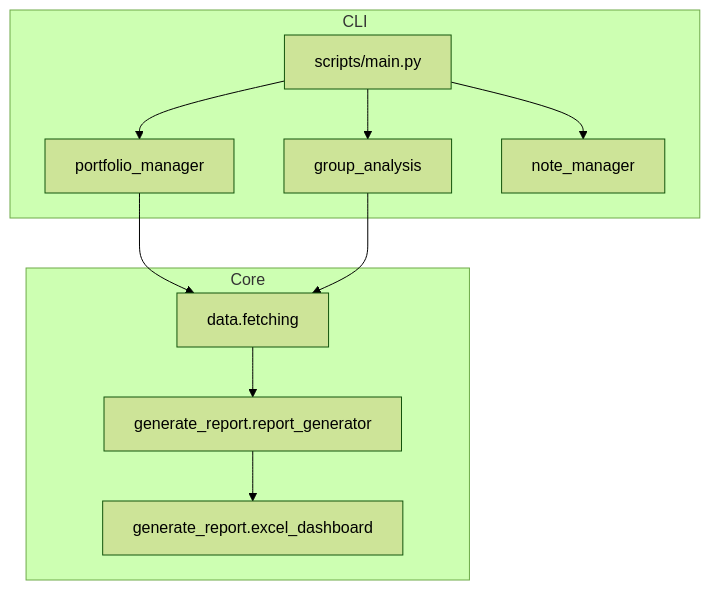
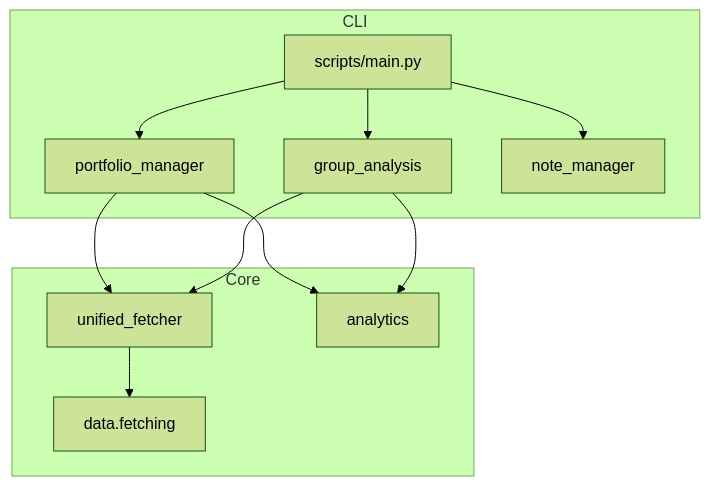
One commit to VeraLIMS/Fundalyze changed the diagram in docs/overview.md. Above: the diagram before and after it, drawn with Mermaid (forest theme). The commit also changed other lines of this file and 50 other files, not shown here.

````diff
--- a/docs/overview.md
+++ b/docs/overview.md
@@ -5,21 +5,22 @@
 ```mermaid
 flowchart TD
     subgraph CLI
         A["scripts/main.py"]
         B["portfolio_manager"]
         C["group_analysis"]
         D["note_manager"]
     end
     subgraph Core
         E["data.fetching"]
-        F["generate_report.report_generator"]
-        G["generate_report.excel_dashboard"]
+        F["unified_fetcher"]
+        G["analytics"]
     end
     A --> B
     A --> C
     A --> D
-    B --> E
-    C --> E
-    E --> F
-    F --> G
+    B --> F
+    C --> F
+    F --> E
+    B --> G
+    C --> G
 ```
````
